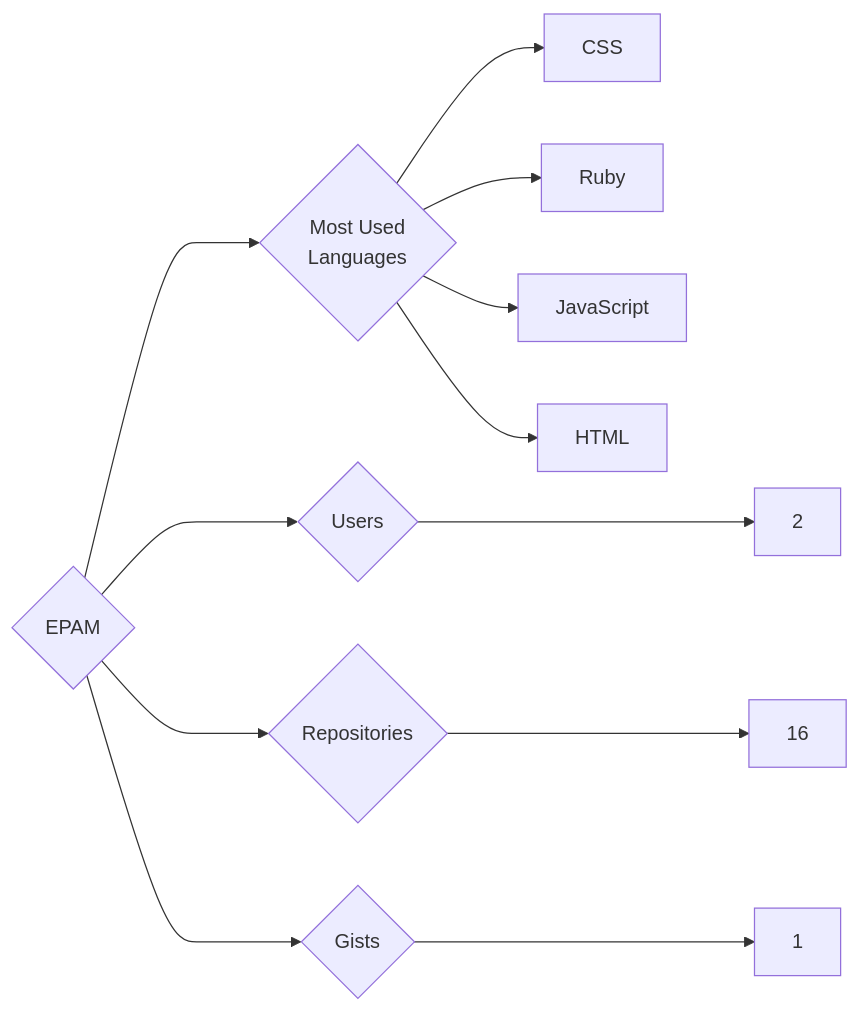
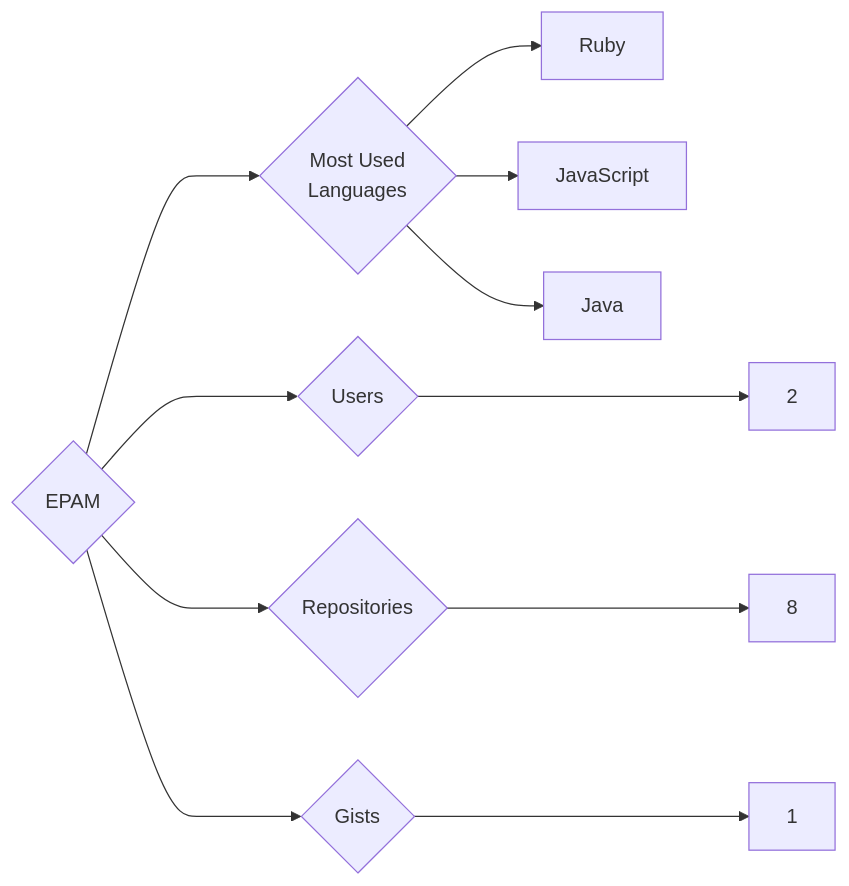
The diagram in targets/EPAM/README.md (trickest/insiders), drawn with Mermaid before and after one commit. The commit also changed 1175 other files, not shown here.

````diff
--- a/targets/EPAM/README.md
+++ b/targets/EPAM/README.md
@@ -3,12 +3,11 @@
 ```mermaid
 graph LR
 COMPANY_NAME{EPAM}
 COMPANY_NAME ---> U{Users} ---> UN[2]
-COMPANY_NAME ---> R{Repositories} ---> RN[16]
+COMPANY_NAME ---> R{Repositories} ---> RN[8]
 COMPANY_NAME ---> G{Gists} ---> GN[1]
 COMPANY_NAME ---> ML{Most Used<br>Languages}
-ML --> CSS[CSS]
 ML --> Ruby[Ruby]
 ML --> JavaScript[JavaScript]
-ML --> HTML[HTML]
+ML --> Java[Java]
 ```
````
